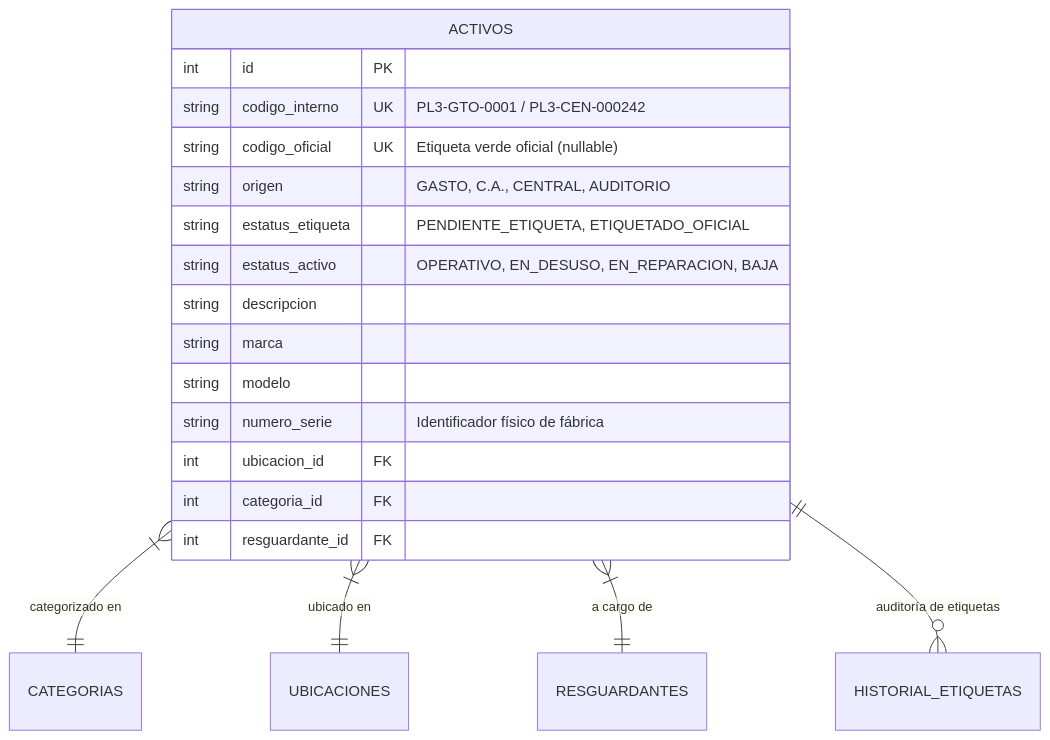
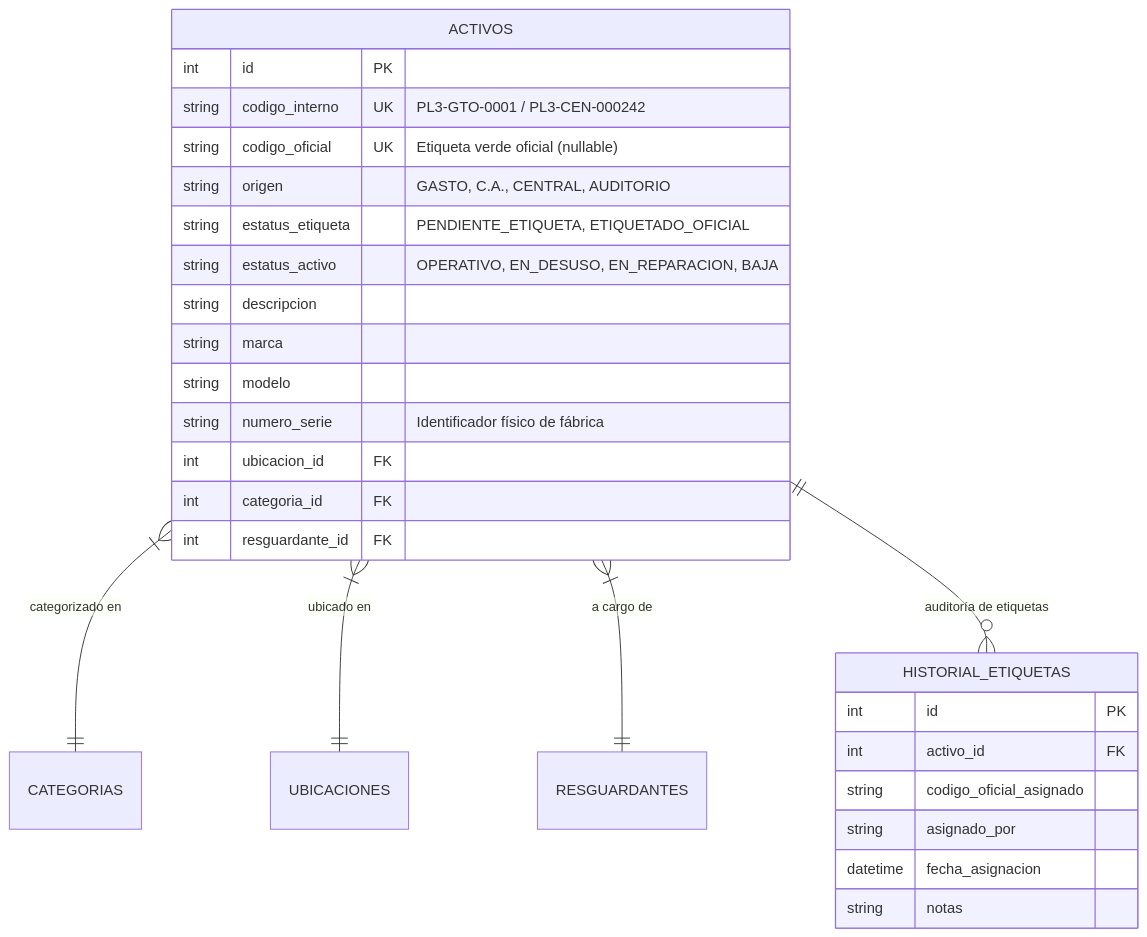
One commit to bueno-armando/cobach3-bitacora changed the diagram in README.md. Above: the diagram before and after it, drawn with Mermaid. The commit also changed other lines of this file, not shown here.

````diff
--- a/README.md
+++ b/README.md
@@ -41,23 +51,32 @@
 ```mermaid
 erDiagram
     ACTIVOS }|--|| CATEGORIAS : "categorizado en"
     ACTIVOS }|--|| UBICACIONES : "ubicado en"
     ACTIVOS }|--|| RESGUARDANTES : "a cargo de"
     ACTIVOS ||--o{ HISTORIAL_ETIQUETAS : "auditoría de etiquetas"
 
     ACTIVOS {
         int id PK
         string codigo_interno UK "PL3-GTO-0001 / PL3-CEN-000242"
         string codigo_oficial UK "Etiqueta verde oficial (nullable)"
         string origen "GASTO, C.A., CENTRAL, AUDITORIO"
         string estatus_etiqueta "PENDIENTE_ETIQUETA, ETIQUETADO_OFICIAL"
         string estatus_activo "OPERATIVO, EN_DESUSO, EN_REPARACION, BAJA"
         string descripcion
         string marca
         string modelo
         string numero_serie "Identificador físico de fábrica"
         int ubicacion_id FK
         int categoria_id FK
         int resguardante_id FK
     }
+
+    HISTORIAL_ETIQUETAS {
+        int id PK
+        int activo_id FK
+        string codigo_oficial_asignado
+        string asignado_por
+        datetime fecha_asignacion
+        string notas
+    }
 ```
````
